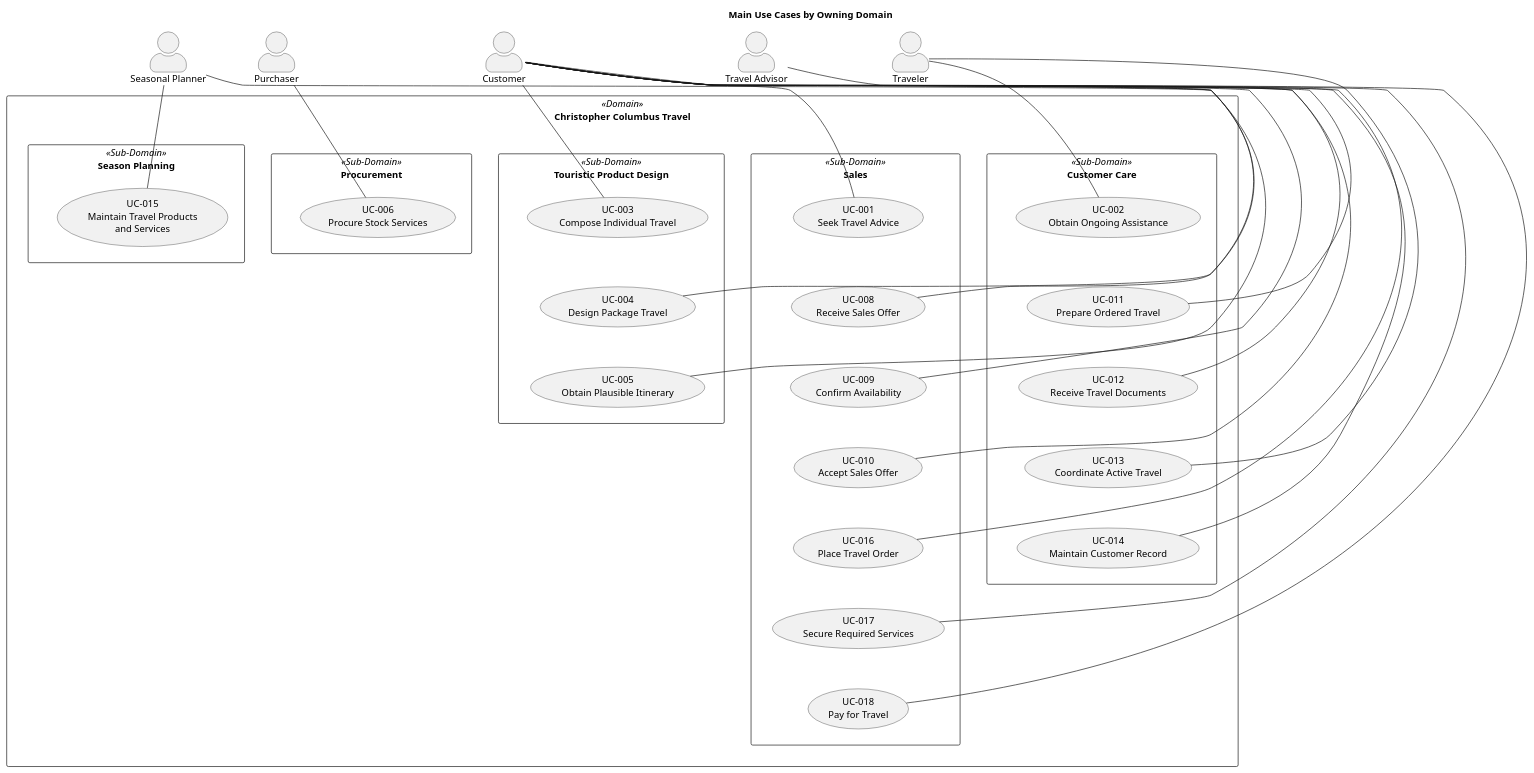
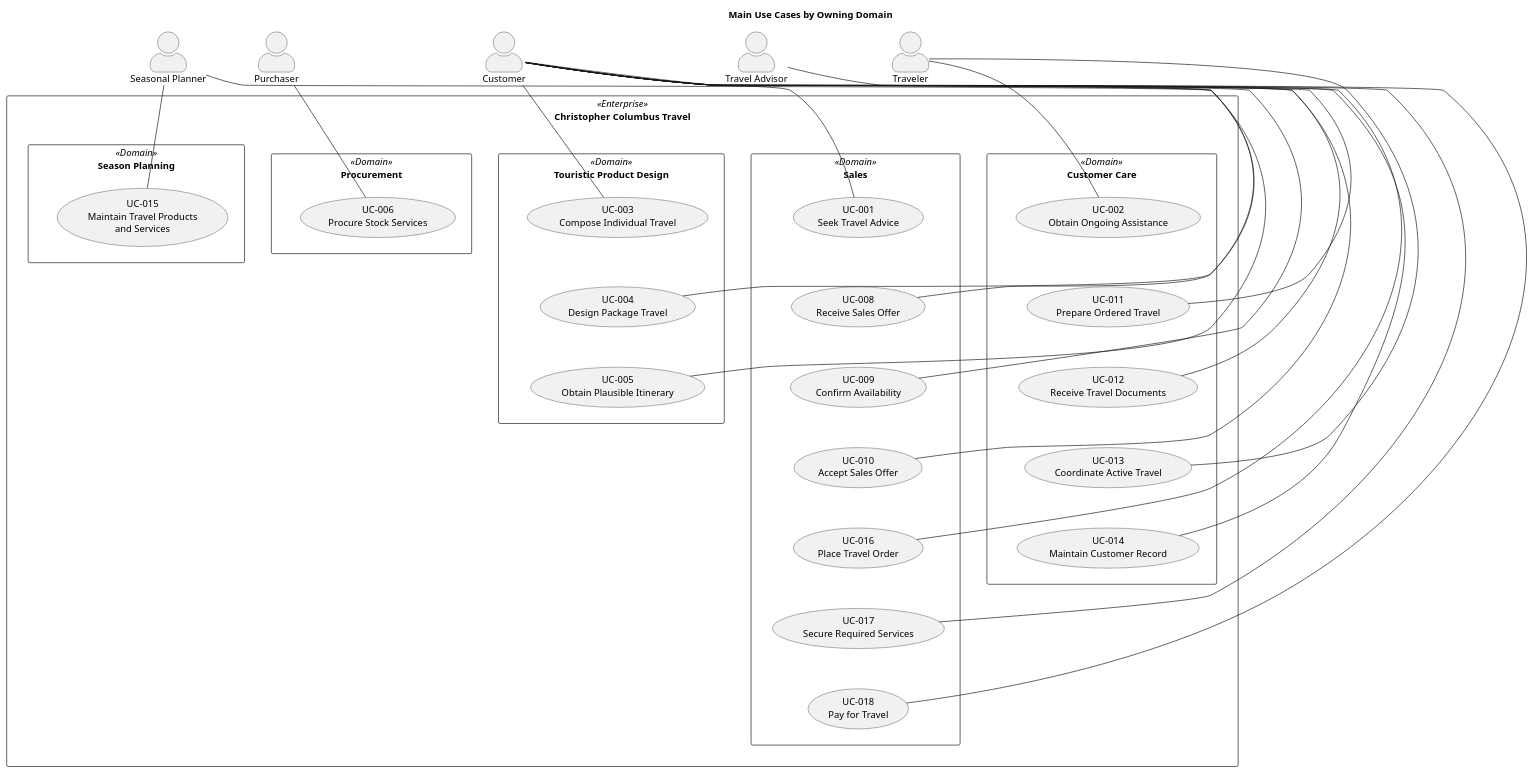
The diagram in docs/requirements/use-cases/overview.puml (hochschule-darmstadt/a3se_app), drawn with PlantUML before and after one commit. The commit also changed 1 other file, not shown here.

Commit message:
Align use-case diagram stereotypes with business domains
Label Christopher Columbus Travel as Enterprise and its five business domains as Domain in the PlantUML source and rendered SVG.

Validation: harness:validate passed; targeted PlantUML -checkonly passed outside the sandbox; SVG XML and expected label changes verified; git diff --check passed. Full diagrams:validate could not complete successfully because Mermaid/BPMN dependencies are absent and Java processes abort within the sandbox. Full collection validation remains unverified. Architecture, frontend, backend, and API checks skipped because those areas are unchanged.

```diff
--- a/docs/requirements/use-cases/overview.puml
+++ b/docs/requirements/use-cases/overview.puml
@@ -1,93 +1,93 @@
 @startuml
 title Main Use Cases by Owning Domain
 
 skinparam shadowing false
 skinparam packageStyle rectangle
 skinparam actorStyle awesome
 
 actor Customer
 actor Traveler
 actor "Travel Advisor" as Advisor
 actor "Seasonal Planner" as Planner
 actor Purchaser
 
-rectangle "Christopher Columbus Travel" as CCT <<Domain>> {
-  package "Season Planning" as SeasonPlanning <<Sub-Domain>> {
+rectangle "Christopher Columbus Travel" as CCT <<Enterprise>> {
+  package "Season Planning" as SeasonPlanning <<Domain>> {
     usecase "UC-015\nMaintain Travel Products\nand Services" as UC015
   }
-  package "Procurement" as ProcurementDomain <<Sub-Domain>> {
+  package "Procurement" as ProcurementDomain <<Domain>> {
     usecase "UC-006\nProcure Stock Services" as UC006
   }
-  package "Touristic Product Design" as ProductDesign <<Sub-Domain>> {
+  package "Touristic Product Design" as ProductDesign <<Domain>> {
     usecase "UC-003\nCompose Individual Travel" as UC003
     usecase "UC-004\nDesign Package Travel" as UC004
     usecase "UC-005\nObtain Plausible Itinerary" as UC005
 
     UC003 -[hidden]down- UC004
     UC004 -[hidden]down- UC005
   }
-  package "Sales" as SalesDomain <<Sub-Domain>> {
+  package "Sales" as SalesDomain <<Domain>> {
     usecase "UC-001\nSeek Travel Advice" as UC001
     usecase "UC-008\nReceive Sales Offer" as UC008
     usecase "UC-009\nConfirm Availability" as UC009
     usecase "UC-010\nAccept Sales Offer" as UC010
     usecase "UC-016\nPlace Travel Order" as UC016
     usecase "UC-017\nSecure Required Services" as UC017
     usecase "UC-018\nPay for Travel" as UC018
 
     UC001 -[hidden]down- UC008
     UC008 -[hidden]down- UC009
     UC009 -[hidden]down- UC010
     UC010 -[hidden]down- UC016
     UC016 -[hidden]down- UC017
     UC017 -[hidden]down- UC018
   }
-  package "Customer Care" as CustomerCare <<Sub-Domain>> {
+  package "Customer Care" as CustomerCare <<Domain>> {
     usecase "UC-002\nObtain Ongoing Assistance" as UC002
     usecase "UC-011\nPrepare Ordered Travel" as UC011
     usecase "UC-012\nReceive Travel Documents" as UC012
     usecase "UC-013\nCoordinate Active Travel" as UC013
     usecase "UC-014\nMaintain Customer Record" as UC014
 
     UC002 -[hidden]down- UC011
     UC011 -[hidden]down- UC012
     UC012 -[hidden]down- UC013
     UC013 -[hidden]down- UC014
   }
 
   SeasonPlanning -[hidden]right-> ProcurementDomain
   ProcurementDomain -[hidden]right-> ProductDesign
   ProductDesign -[hidden]right-> SalesDomain
   SalesDomain -[hidden]right-> CustomerCare
 }
 
 Planner -[hidden]right-> Purchaser
 Purchaser -[hidden]right-> Customer
 Customer -[hidden]right-> Advisor
 Advisor -[hidden]right-> Traveler
 
 Planner -[hidden]down-> SeasonPlanning
 Purchaser -[hidden]down-> ProcurementDomain
 Customer -[hidden]down-> ProductDesign
 Advisor -[hidden]down-> SalesDomain
 Traveler -[hidden]down-> CustomerCare
 
 Customer -[norank]- UC001
 Traveler -[norank]- UC002
 Customer -[norank]- UC003
 Planner -[norank]- UC004
 Customer -[norank]- UC005
 Purchaser -[norank]- UC006
 Customer -[norank]- UC008
 Customer -[norank]- UC009
 Customer -[norank]- UC010
 Advisor -[norank]- UC011
 Customer -[norank]- UC012
 Traveler -[norank]- UC013
 Customer -[norank]- UC014
 Planner -[norank]- UC015
 Customer -[norank]- UC016
 Customer -[norank]- UC017
 Customer -[norank]- UC018
 
 @enduml
```
